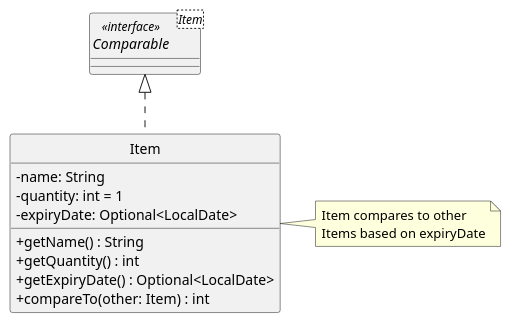
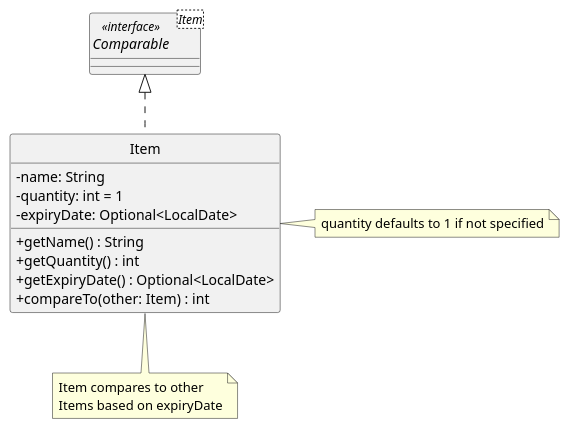
One commit to yijiano/tp changed the diagram in docs/diagrams/Item-ClassDiagram.puml. Above: the diagram before and after it, drawn with PlantUML. The commit also changed 2 other files, not shown here.

Commit message:
Update items section

```diff
--- a/docs/diagrams/Item-ClassDiagram.puml
+++ b/docs/diagrams/Item-ClassDiagram.puml
@@ -1,22 +1,23 @@
 @startuml
 
 skinparam classAttributeIconSize 0
 hide circles
 
 interface Comparable<Item> << interface >>
 Comparable <|-[dashed]- Item
 
 class Item {
     - name: String
     - quantity: int = 1
     - expiryDate: Optional<LocalDate>
 
     + getName() : String
     + getQuantity() : int
     + getExpiryDate() : Optional<LocalDate>
     + compareTo(other: Item) : int
 }
 
-note right of Item : Item compares to other \nItems based on expiryDate
+note right of Item : quantity defaults to 1 if not specified
+note bottom of Item : Item compares to other \nItems based on expiryDate
 
 @enduml
```
